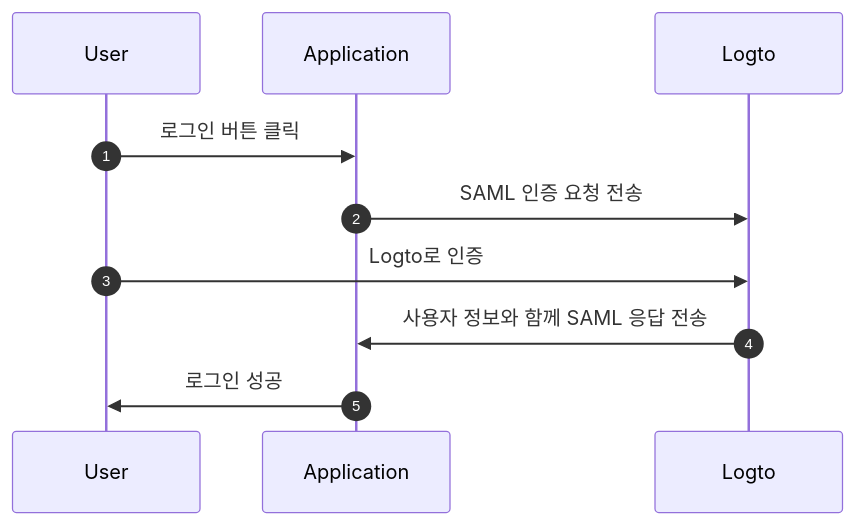
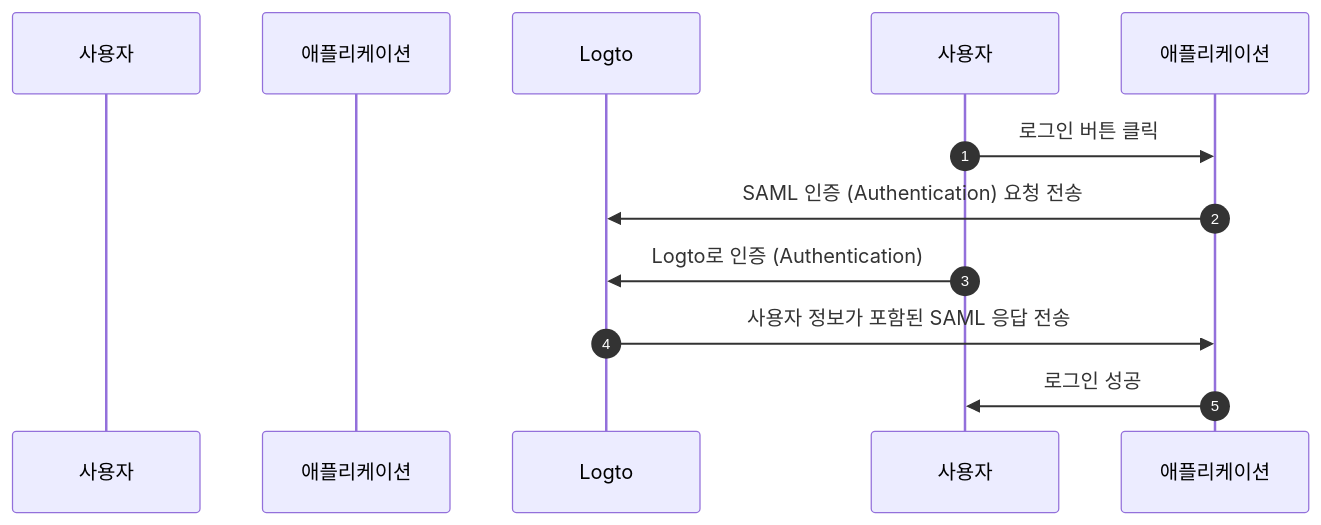
Before and after one commit to logto-io/docs: the fourth of 4 diagrams in i18n/ko/docusaurus-plugin-content-docs/current/integrate-logto/integrate-logto-into-your-application/understand-authentication-flow.mdx, drawn with Mermaid. The commit also changed other lines of this file and 44 other files, not shown here.

````diff
--- a/i18n/ko/docusaurus-plugin-content-docs/current/integrate-logto/integrate-logto-into-your-application/understand-authentication-flow.mdx
+++ b/i18n/ko/docusaurus-plugin-content-docs/current/integrate-logto/integrate-logto-into-your-application/understand-authentication-flow.mdx
@@ -69,13 +97,13 @@
 ```mermaid
 sequenceDiagram
     autonumber
-    participant User
-    participant Application
+    participant User as 사용자
+    participant Application as 애플리케이션
     participant Logto
 
-    User->>Application: 로그인 버튼 클릭
-    Application->>Logto: SAML 인증 요청 전송
-    User->>Logto: Logto로 인증
-    Logto->>Application: 사용자 정보와 함께 SAML 응답 전송
-    Application->>User: 로그인 성공
+    사용자->>애플리케이션: 로그인 버튼 클릭
+    애플리케이션->>Logto: SAML 인증 (Authentication) 요청 전송
+    사용자->>Logto: Logto로 인증 (Authentication)
+    Logto->>애플리케이션: 사용자 정보가 포함된 SAML 응답 전송
+    애플리케이션->>사용자: 로그인 성공
 ```
````
